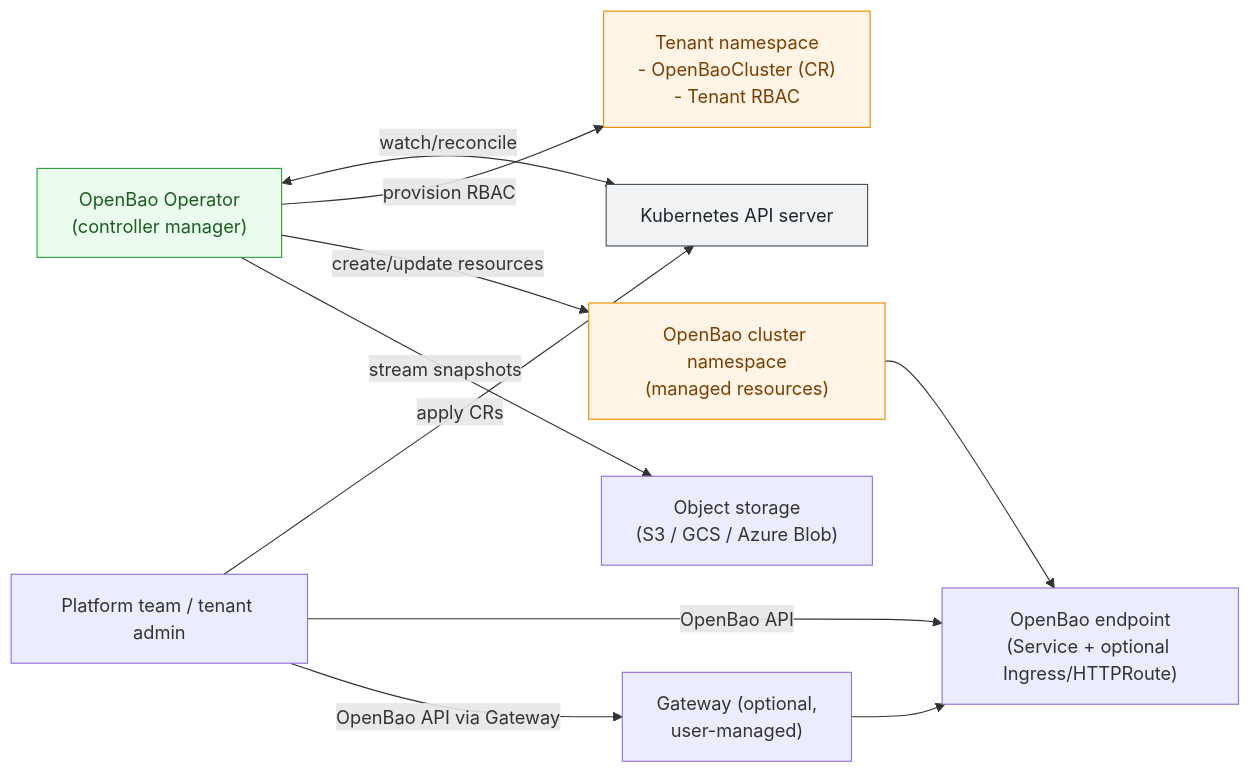
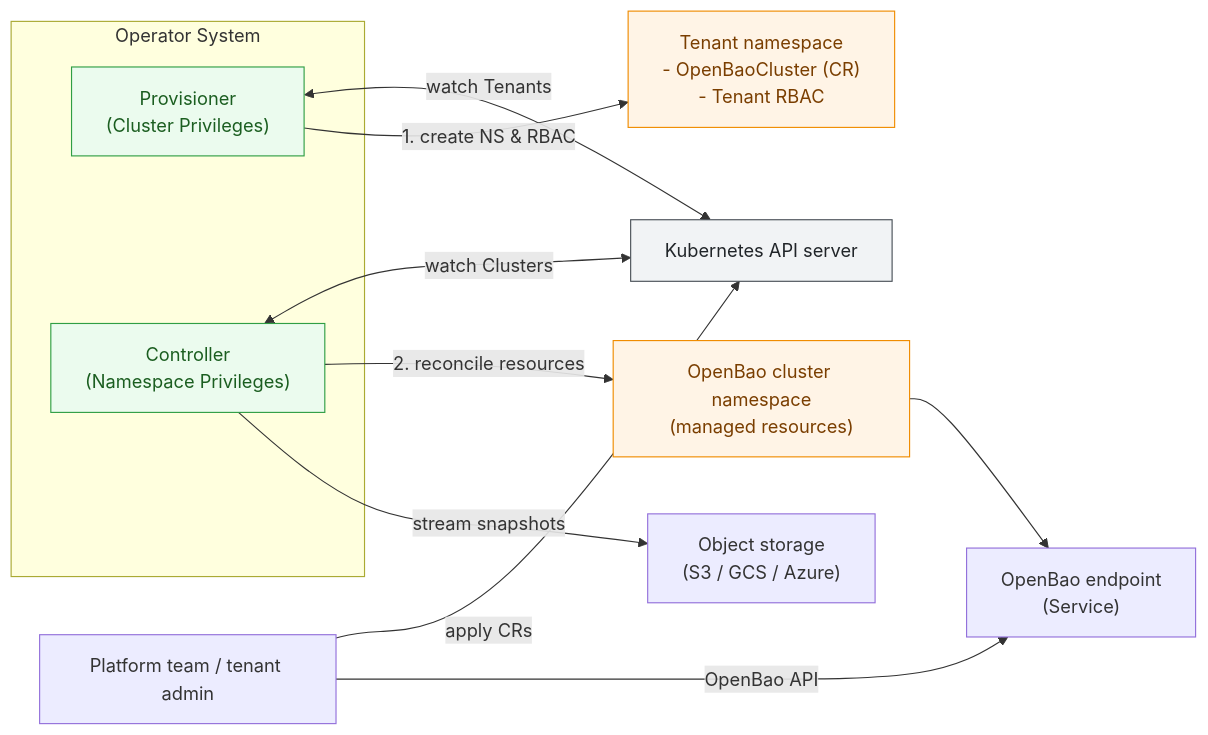
Before and after one commit to dc-tec/openbao-operator: the first of 2 diagrams in README.md, drawn with Mermaid. The commit also changed other lines of this file and 1 other file, not shown here.

````diff
--- a/README.md
+++ b/README.md
@@ -6,36 +12,39 @@
 ```mermaid
 flowchart LR
-  %% High-level view: keep the "what talks to what" clear.
+  %% High-level view showing the separation of Provisioner and Controller
   user["Platform team / tenant admin"]
 
   api["Kubernetes API server"]
-  operator["OpenBao Operator<br/>(controller manager)"]
+  
+  subgraph "Operator System"
+    provisioner["Provisioner<br/>(Cluster Privileges)"]
+    controller["Controller<br/>(Namespace Privileges)"]
+  end
 
   tenantNS["Tenant namespace<br/>- OpenBaoCluster (CR)<br/>- Tenant RBAC"]
   clusterNS["OpenBao cluster namespace<br/>(managed resources)"]
 
-  access["OpenBao endpoint<br/>(Service + optional Ingress/HTTPRoute)"]
-  gw["Gateway (optional,<br/>user-managed)"]
-  obj["Object storage<br/>(S3 / GCS / Azure Blob)"]
+  access["OpenBao endpoint<br/>(Service)"]
+  obj["Object storage<br/>(S3 / GCS / Azure)"]
 
   user -->|apply CRs| api
-  operator <-->|watch/reconcile| api
-
-  operator -->|provision RBAC| tenantNS
-  operator -->|create/update resources| clusterNS
+  
+  provisioner <-->|watch Tenants| api
+  provisioner -->|1. create NS & RBAC| tenantNS
+  
+  controller <-->|watch Clusters| api
+  controller -->|2. reconcile resources| clusterNS
 
   clusterNS --> access
   user -->|OpenBao API| access
-  user -->|OpenBao API via Gateway| gw --> access
 
-  operator -->|stream snapshots| obj
+  controller -->|stream snapshots| obj
 
   classDef core fill:#EBFBEE,stroke:#2F9E44,color:#1B5E20;
   classDef api fill:#F1F3F5,stroke:#495057,color:#212529;
   classDef ns fill:#FFF4E6,stroke:#F08C00,color:#7A3E00;
 
-  class operator core;
+  class provisioner,controller core;
   class api api;
   class tenantNS,clusterNS ns;
-
 ```
````
